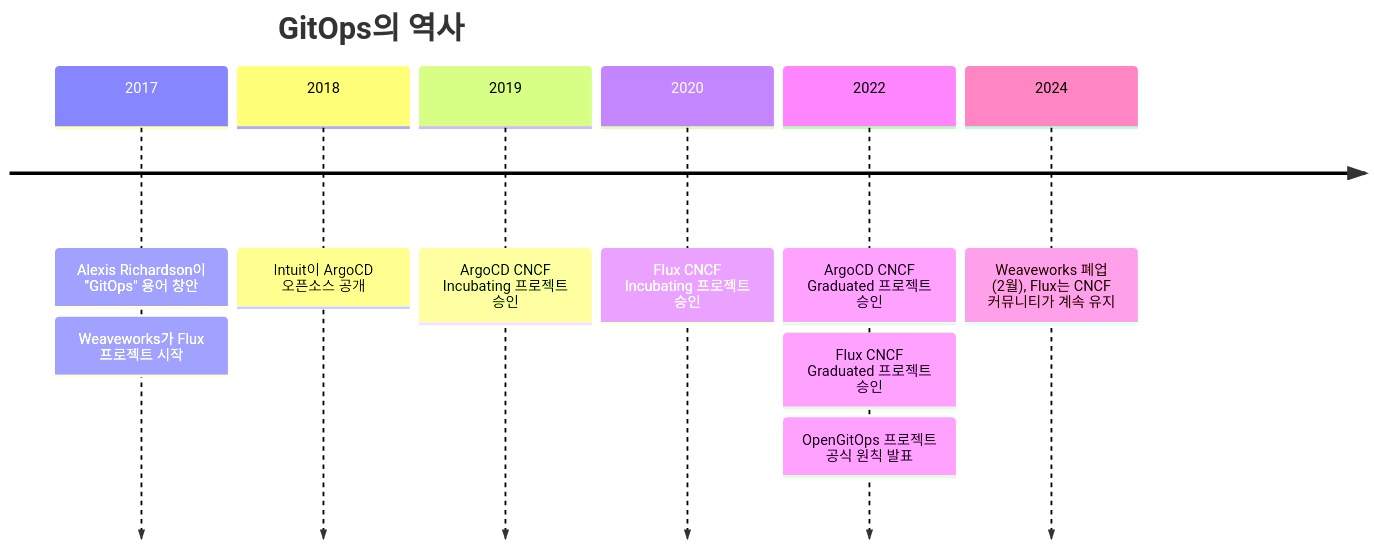
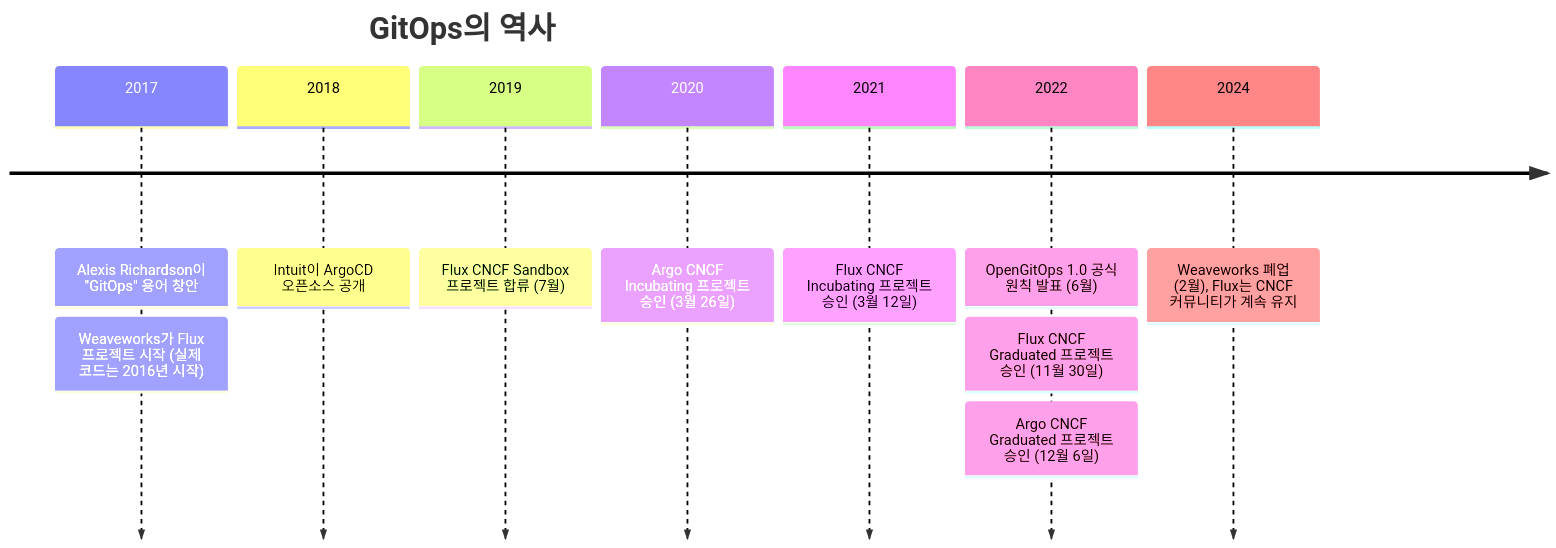
Before and after one commit to sskim91/TIL: the second of 5 diagrams in devops/GitOps-Git을-Single-Source-of-Truth로-삼는-운영-모델.md, drawn with Mermaid. The commit also changed 2 other files, not shown here.

Commit message:
docs(devops): Codex·Gemini 리뷰 기반 팩트 정확성 개선

````diff
--- a/devops/GitOps-Git을-Single-Source-of-Truth로-삼는-운영-모델.md
+++ b/devops/GitOps-Git을-Single-Source-of-Truth로-삼는-운영-모델.md
@@ -125,13 +125,14 @@
 ```mermaid
 timeline
     title GitOps의 역사
     2017 : Alexis Richardson이 "GitOps" 용어 창안
-         : Weaveworks가 Flux 프로젝트 시작
+         : Weaveworks가 Flux 프로젝트 시작 (실제 코드는 2016년 시작)
     2018 : Intuit이 ArgoCD 오픈소스 공개
-    2019 : ArgoCD CNCF Incubating 프로젝트 승인
-    2020 : Flux CNCF Incubating 프로젝트 승인
-    2022 : ArgoCD CNCF Graduated 프로젝트 승인
-         : Flux CNCF Graduated 프로젝트 승인
-         : OpenGitOps 프로젝트 공식 원칙 발표
+    2019 : Flux CNCF Sandbox 프로젝트 합류 (7월)
+    2020 : Argo CNCF Incubating 프로젝트 승인 (3월 26일)
+    2021 : Flux CNCF Incubating 프로젝트 승인 (3월 12일)
+    2022 : OpenGitOps 1.0 공식 원칙 발표 (6월)
+         : Flux CNCF Graduated 프로젝트 승인 (11월 30일)
+         : Argo CNCF Graduated 프로젝트 승인 (12월 6일)
     2024 : Weaveworks 폐업 (2월), Flux는 CNCF 커뮤니티가 계속 유지
 ```
````
